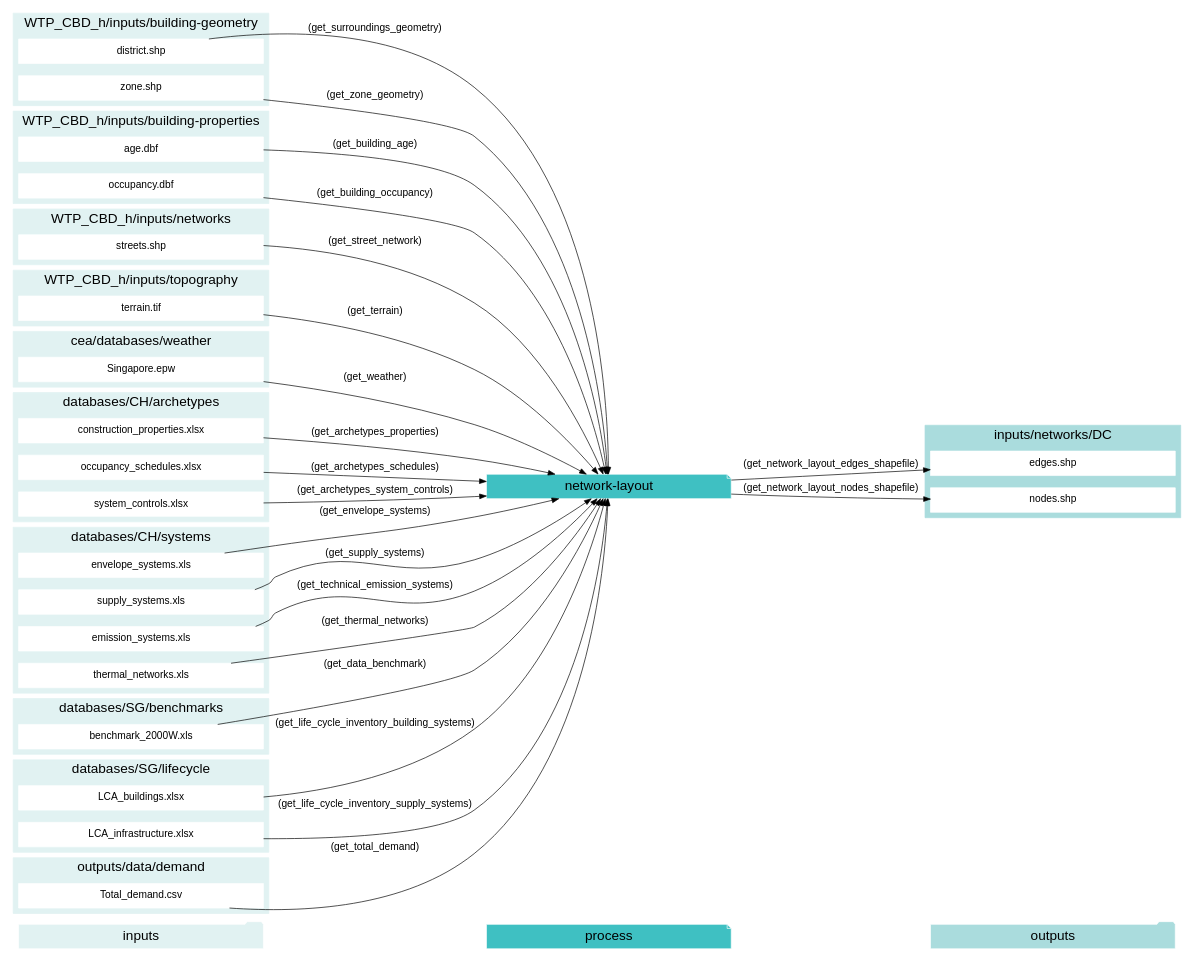
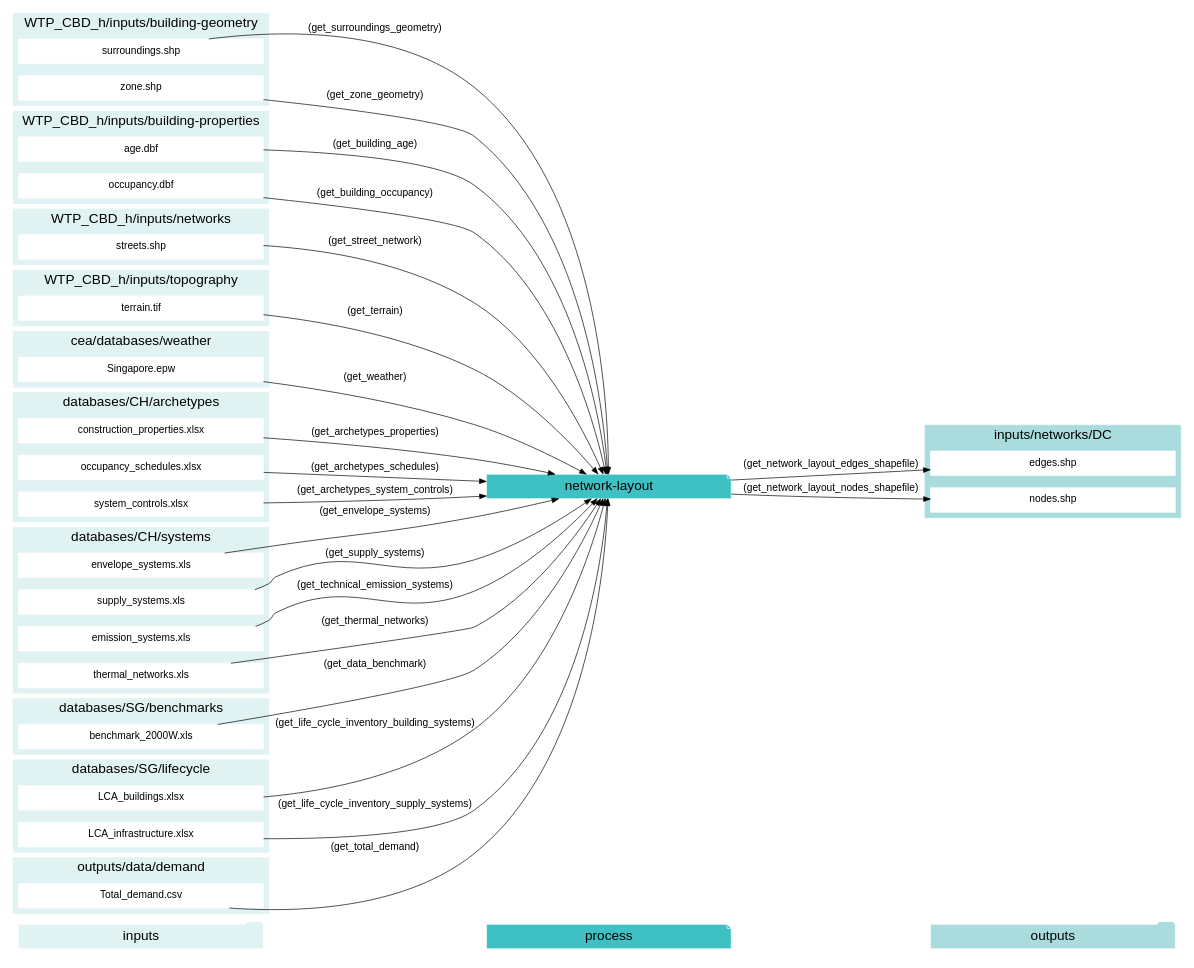
The third of 12 diagrams in docs/script-data-flow.rst (architecture-building-systems/CityEnergyAnalyst), drawn with Graphviz before and after one commit. The commit also changed other lines of this file and 41 other files, not shown here.

Commit message:
renaming district to surroundings

```diff
--- a/docs/script-data-flow.rst
+++ b/docs/script-data-flow.rst
@@ -311,7 +311,7 @@
         fontsize = 20;
         rank=same;
         label="WTP_CBD_h/inputs/building-geometry";
-        "district.shp"
+        "surroundings.shp"
         "zone.shp"
     }
     subgraph cluster_1_in {
@@ -408,7 +408,7 @@
     "age.dbf" -> "network-layout"[label="(get_building_age)"]
     "occupancy.dbf" -> "network-layout"[label="(get_building_occupancy)"]
     "benchmark_2000W.xls" -> "network-layout"[label="(get_data_benchmark)"]
-    "district.shp" -> "network-layout"[label="(get_surroundings_geometry)"]
+    "surroundings.shp" -> "network-layout"[label="(get_surroundings_geometry)"]
     "envelope_systems.xls" -> "network-layout"[label="(get_envelope_systems)"]
     "LCA_buildings.xlsx" -> "network-layout"[label="(get_life_cycle_inventory_building_systems)"]
     "LCA_infrastructure.xlsx" -> "network-layout"[label="(get_life_cycle_inventory_supply_systems)"]
```
